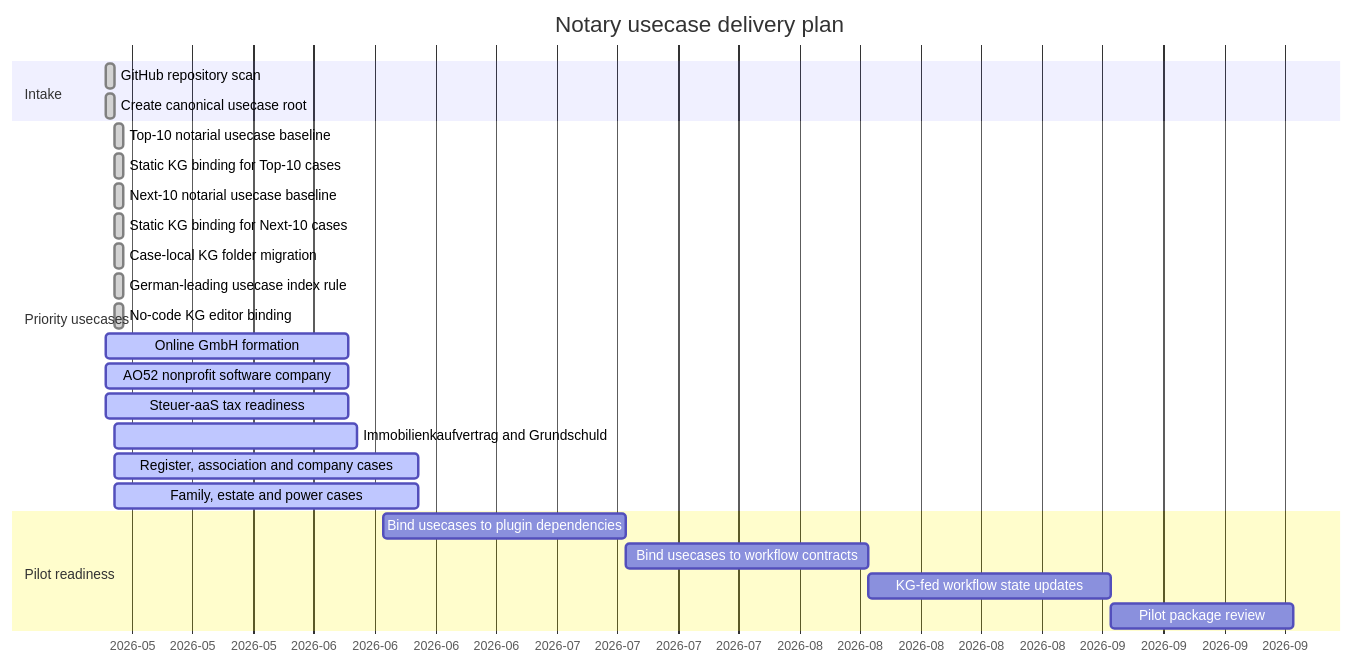
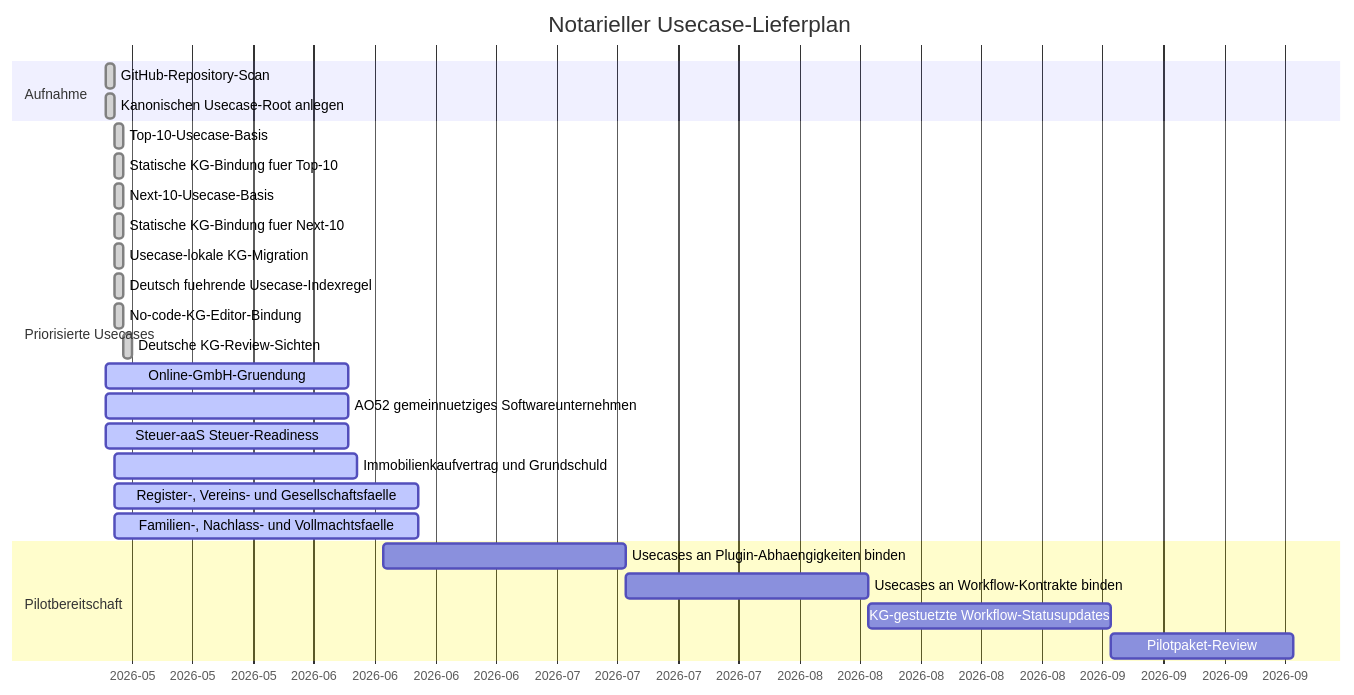
One commit to ofunk/NaC changed the diagram in usecases/GANTT.md. Above: the diagram before and after it, drawn with Mermaid. The commit also changed other lines of this file and 80 other files, not shown here.

Commit message:
Germanize usecase knowledge graph surfaces

````diff
--- a/usecases/GANTT.md
+++ b/usecases/GANTT.md
@@ -5,31 +5,32 @@
 ```mermaid
 gantt
-    title Notary usecase delivery plan
+    title Notarieller Usecase-Lieferplan
     dateFormat  YYYY-MM-DD
     axisFormat  %Y-%m
 
-    section Intake
-    GitHub repository scan                      :done,   u1, 2026-05-14, 1d
-    Create canonical usecase root              :done,   u2, 2026-05-14, 1d
+    section Aufnahme
+    GitHub-Repository-Scan                   :done,   u1, 2026-05-14, 1d
+    Kanonischen Usecase-Root anlegen         :done,   u2, 2026-05-14, 1d
 
-    section Priority usecases
-    Top-10 notarial usecase baseline           :done,   u3, 2026-05-15, 1d
-    Static KG binding for Top-10 cases         :done,   u4, 2026-05-15, 1d
-    Next-10 notarial usecase baseline          :done,   u5, 2026-05-15, 1d
-    Static KG binding for Next-10 cases        :done,   u6, 2026-05-15, 1d
-    Case-local KG folder migration             :done,   u6a, 2026-05-15, 1d
-    German-leading usecase index rule          :done,   u6b, 2026-05-15, 1d
-    No-code KG editor binding                  :done,   u6c, 2026-05-15, 1d
-    Online GmbH formation                      :active, u7, 2026-05-14, 28d
-    AO52 nonprofit software company            :active, u8, 2026-05-14, 28d
-    Steuer-aaS tax readiness                   :active, u9, 2026-05-14, 28d
-    Immobilienkaufvertrag and Grundschuld      :active, u10, 2026-05-15, 28d
-    Register, association and company cases    :active, u11, 2026-05-15, 35d
-    Family, estate and power cases             :active, u12, 2026-05-15, 35d
+    section Priorisierte Usecases
+    Top-10-Usecase-Basis                     :done,   u3, 2026-05-15, 1d
+    Statische KG-Bindung fuer Top-10         :done,   u4, 2026-05-15, 1d
+    Next-10-Usecase-Basis                    :done,   u5, 2026-05-15, 1d
+    Statische KG-Bindung fuer Next-10        :done,   u6, 2026-05-15, 1d
+    Usecase-lokale KG-Migration              :done,   u6a, 2026-05-15, 1d
+    Deutsch fuehrende Usecase-Indexregel     :done,   u6b, 2026-05-15, 1d
+    No-code-KG-Editor-Bindung                :done,   u6c, 2026-05-15, 1d
+    Deutsche KG-Review-Sichten               :done,   u6d, 2026-05-16, 1d
+    Online-GmbH-Gruendung                    :active, u7, 2026-05-14, 28d
+    AO52 gemeinnuetziges Softwareunternehmen :active, u8, 2026-05-14, 28d
+    Steuer-aaS Steuer-Readiness              :active, u9, 2026-05-14, 28d
+    Immobilienkaufvertrag und Grundschuld    :active, u10, 2026-05-15, 28d
+    Register-, Vereins- und Gesellschaftsfaelle :active, u11, 2026-05-15, 35d
+    Familien-, Nachlass- und Vollmachtsfaelle :active, u12, 2026-05-15, 35d
 
-    section Pilot readiness
-    Bind usecases to plugin dependencies        :        u13, 2026-06-15, 28d
-    Bind usecases to workflow contracts         :        u14, after u13, 28d
-    KG-fed workflow state updates               :        u15, after u14, 28d
-    Pilot package review                        :        u16, after u15, 21d
+    section Pilotbereitschaft
+    Usecases an Plugin-Abhaengigkeiten binden :        u13, 2026-06-15, 28d
+    Usecases an Workflow-Kontrakte binden     :        u14, after u13, 28d
+    KG-gestuetzte Workflow-Statusupdates      :        u15, after u14, 28d
+    Pilotpaket-Review                         :        u16, after u15, 21d
 ```
````
